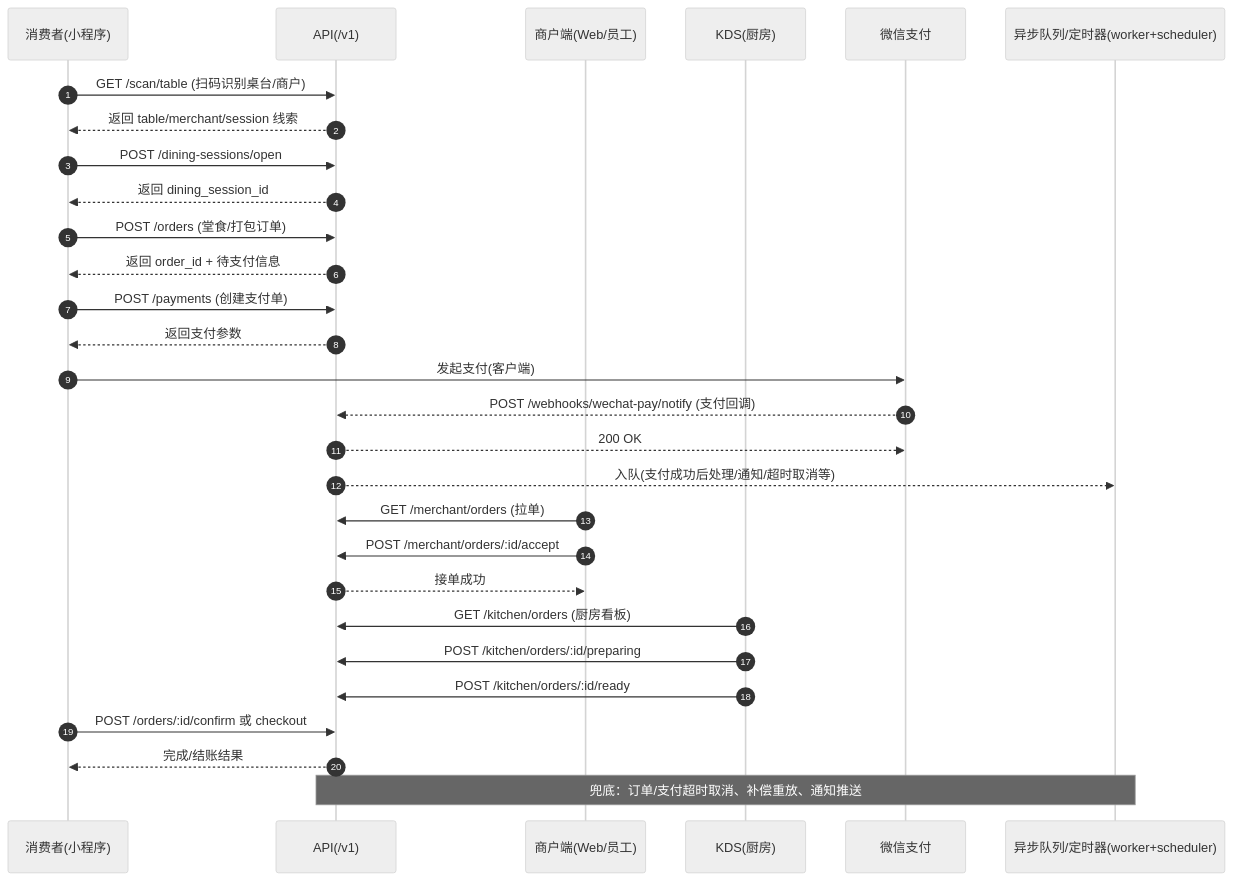
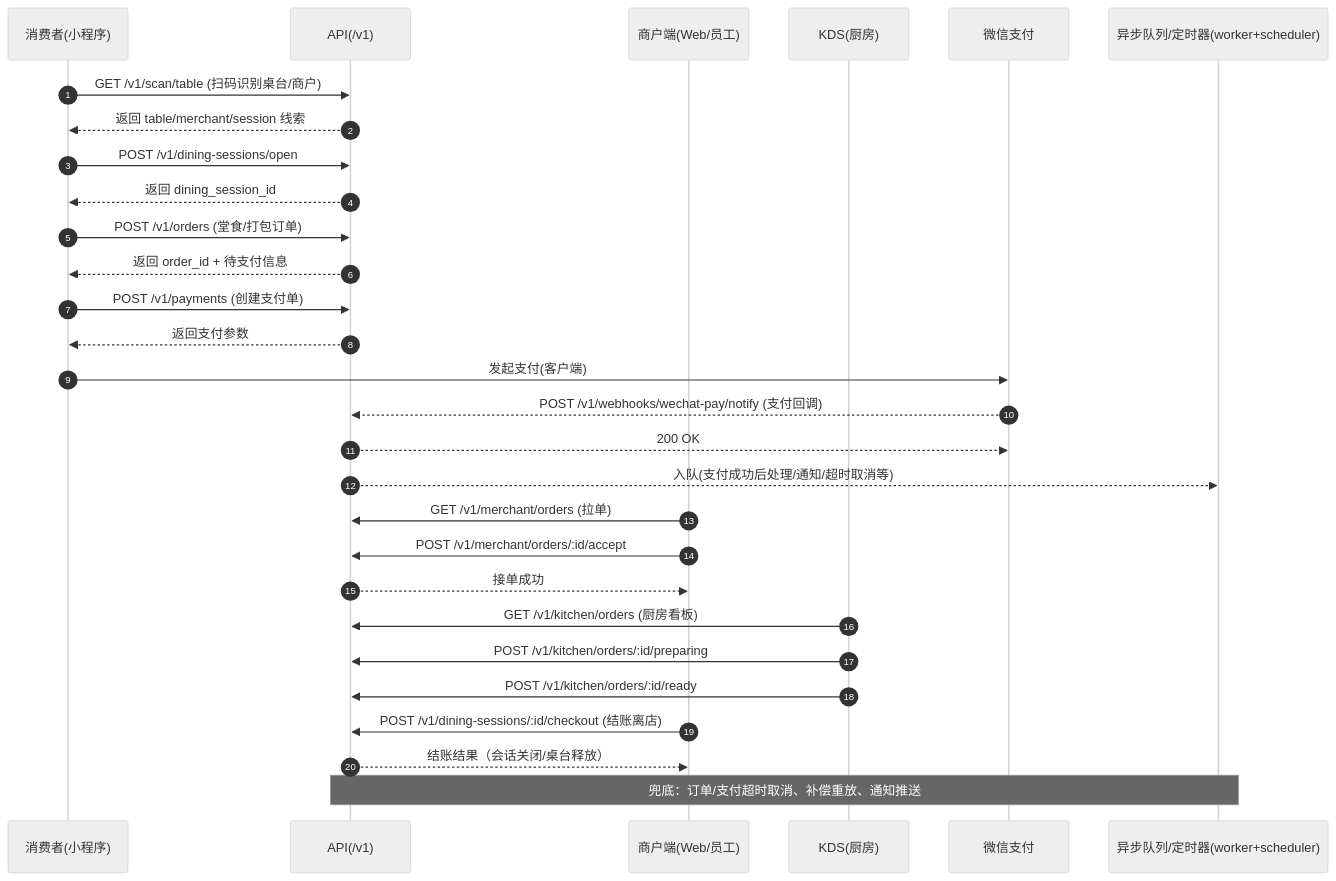
One commit to merrydance/locallife changed the second of 5 diagrams in locallife/docs/phase0/user_journey_mermaid.md. Above: the diagram before and after it, drawn with Mermaid (neutral theme). The commit also changed other lines of this file and 6 other files, not shown here.

````diff
--- a/locallife/docs/phase0/user_journey_mermaid.md
+++ b/locallife/docs/phase0/user_journey_mermaid.md
@@ -58,40 +58,40 @@
 ```mermaid
 sequenceDiagram
   autonumber
   participant U as 消费者(小程序)
   participant API as API(/v1)
   participant M as 商户端(Web/员工)
   participant K as KDS(厨房)
   participant W as 微信支付
   participant Q as 异步队列/定时器(worker+scheduler)
 
-  U->>API: GET /scan/table (扫码识别桌台/商户)
+  U->>API: GET /v1/scan/table (扫码识别桌台/商户)
   API-->>U: 返回 table/merchant/session 线索
 
-  U->>API: POST /dining-sessions/open
+  U->>API: POST /v1/dining-sessions/open
   API-->>U: 返回 dining_session_id
 
-  U->>API: POST /orders (堂食/打包订单)
+  U->>API: POST /v1/orders (堂食/打包订单)
   API-->>U: 返回 order_id + 待支付信息
 
-  U->>API: POST /payments (创建支付单)
+  U->>API: POST /v1/payments (创建支付单)
   API-->>U: 返回支付参数
   U->>W: 发起支付(客户端)
 
-  W-->>API: POST /webhooks/wechat-pay/notify (支付回调)
+  W-->>API: POST /v1/webhooks/wechat-pay/notify (支付回调)
   API-->>W: 200 OK
   API-->>Q: 入队(支付成功后处理/通知/超时取消等)
 
-  M->>API: GET /merchant/orders (拉单)
-  M->>API: POST /merchant/orders/:id/accept
+  M->>API: GET /v1/merchant/orders (拉单)
+  M->>API: POST /v1/merchant/orders/:id/accept
   API-->>M: 接单成功
 
-  K->>API: GET /kitchen/orders (厨房看板)
-  K->>API: POST /kitchen/orders/:id/preparing
-  K->>API: POST /kitchen/orders/:id/ready
+  K->>API: GET /v1/kitchen/orders (厨房看板)
+  K->>API: POST /v1/kitchen/orders/:id/preparing
+  K->>API: POST /v1/kitchen/orders/:id/ready
 
-  U->>API: POST /orders/:id/confirm 或 checkout
-  API-->>U: 完成/结账结果
+  M->>API: POST /v1/dining-sessions/:id/checkout (结账离店)
+  API-->>M: 结账结果（会话关闭/桌台释放）
 
   Note over Q,API: 兜底：订单/支付超时取消、补偿重放、通知推送
 ```
````
